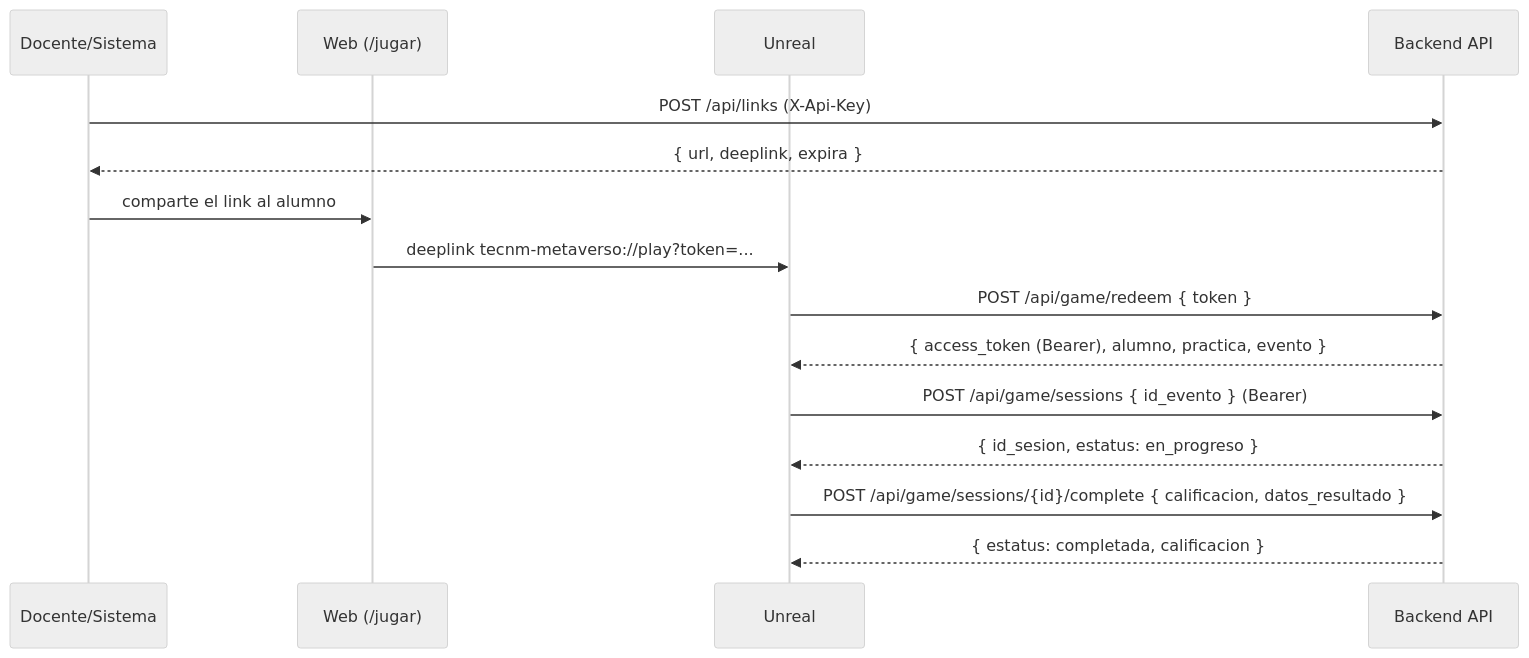
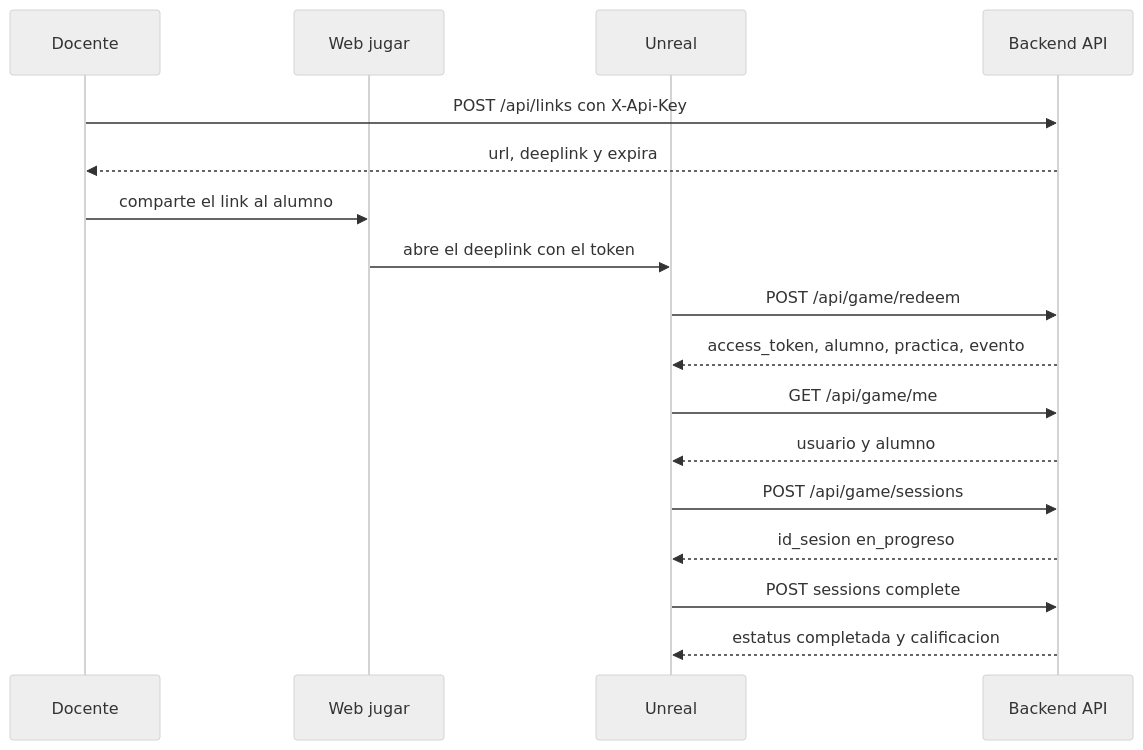
Before and after one commit to tato1599/metaverso: the diagram in docs/api/flujo-del-juego.md, drawn with Mermaid (neutral theme). The commit also changed 1 other file, not shown here.

Commit message:
fix: corregir renderizado del diagrama Mermaid en /demo
Sanitiza los alias de participantes y las etiquetas de mensajes del
diagrama de secuencia (elimina parentesis, llaves, ://, ? y =) que el
parser de Mermaid descartaba en silencio, dejando las flechas invisibles.
Agrega colores explicitos de texto de senal y nota en themeVariables.
Aplica el mismo diagrama saneado al fallback docs/api/flujo-del-juego.md.

````diff
--- a/docs/api/flujo-del-juego.md
+++ b/docs/api/flujo-del-juego.md
@@ -7,17 +7,19 @@
 ```mermaid
 sequenceDiagram
-    participant D as Docente/Sistema
-    participant W as Web (/jugar)
+    participant D as Docente
+    participant W as Web jugar
     participant U as Unreal
     participant API as Backend API
-    D->>API: POST /api/links (X-Api-Key)
-    API-->>D: { url, deeplink, expira }
+    D->>API: POST /api/links con X-Api-Key
+    API-->>D: url, deeplink y expira
     D->>W: comparte el link al alumno
-    W->>U: deeplink tecnm-metaverso://play?token=...
-    U->>API: POST /api/game/redeem { token }
-    API-->>U: { access_token (Bearer), alumno, practica, evento }
-    U->>API: POST /api/game/sessions { id_evento } (Bearer)
-    API-->>U: { id_sesion, estatus: en_progreso }
-    U->>API: POST /api/game/sessions/{id}/complete { calificacion, datos_resultado }
-    API-->>U: { estatus: completada, calificacion }
+    W->>U: abre el deeplink con el token
+    U->>API: POST /api/game/redeem
+    API-->>U: access_token, alumno, practica, evento
+    U->>API: GET /api/game/me
+    API-->>U: usuario y alumno
+    U->>API: POST /api/game/sessions
+    API-->>U: id_sesion en_progreso
+    U->>API: POST sessions complete
+    API-->>U: estatus completada y calificacion
 ```
````
